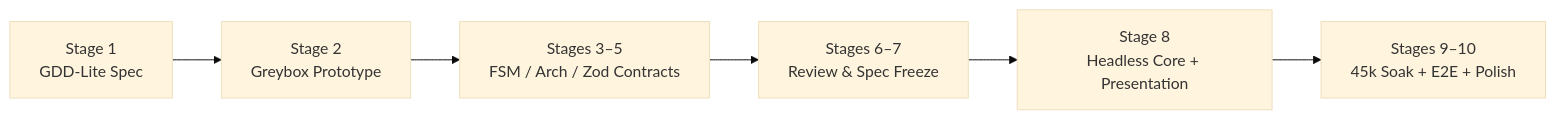
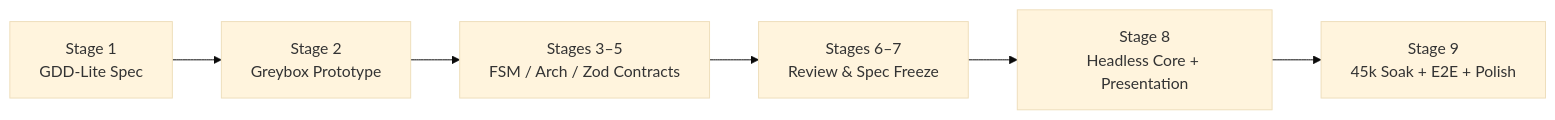
The diagram in README.en.md (wendellhua/web-G), drawn with Mermaid (base theme) before and after one commit. The commit also changed other lines of this file and 14 other files, not shown here.

````diff
--- a/README.en.md
+++ b/README.en.md
@@ -171,8 +171,8 @@
 ```mermaid
 flowchart LR
     S1["Stage 1<br/>GDD-Lite Spec"] --> S2["Stage 2<br/>Greybox Prototype"]
     S2 --> S3["Stages 3–5<br/>FSM / Arch / Zod Contracts"]
     S3 --> S4["Stages 6–7<br/>Review & Spec Freeze"]
     S4 --> S5["Stage 8<br/>Headless Core + Presentation"]
-    S5 --> S6["Stages 9–10<br/>45k Soak + E2E + Polish"]
+    S5 --> S6["Stage 9<br/>45k Soak + E2E + Polish"]
 ```
````
